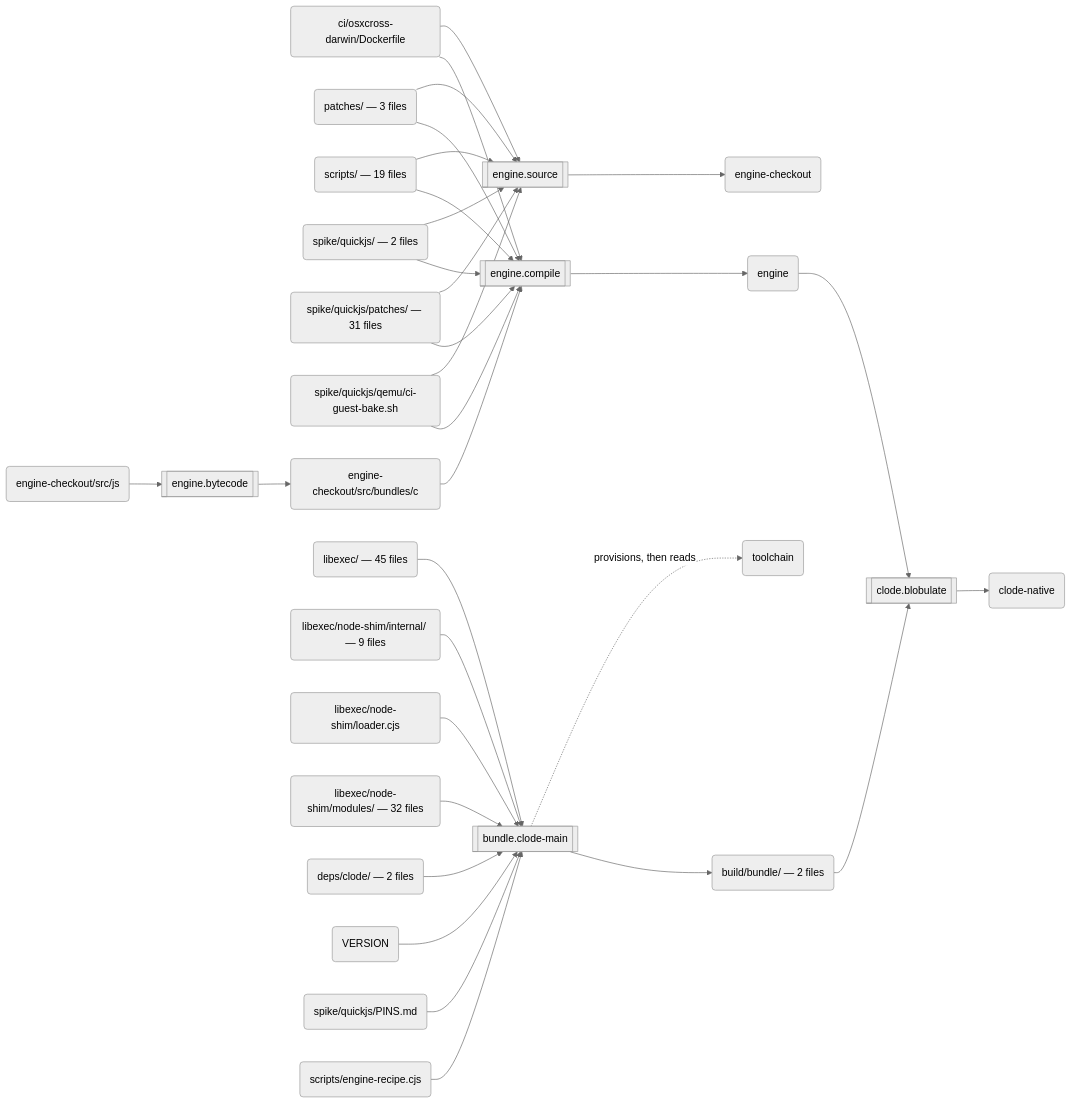
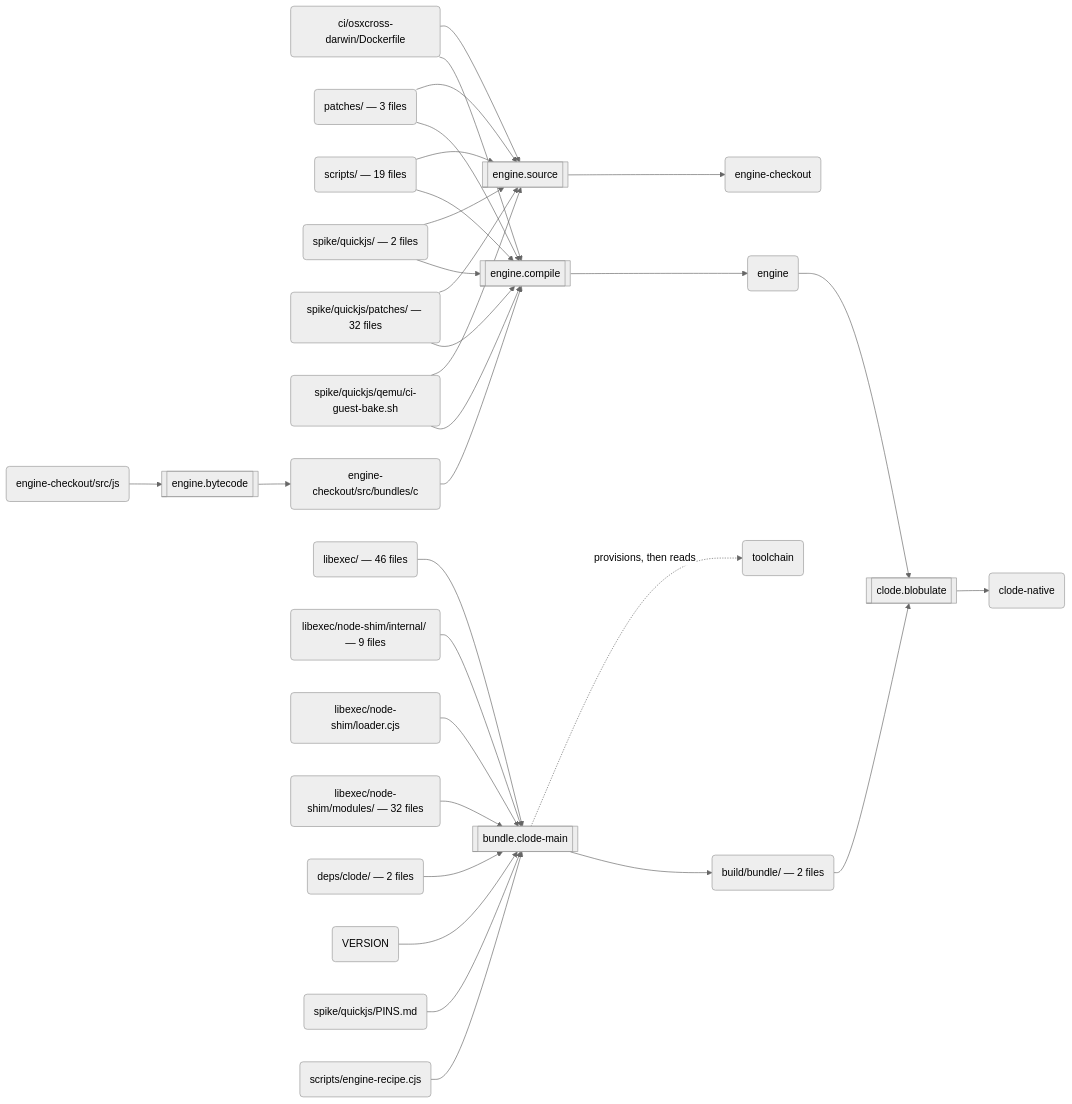
The second of 3 diagrams in docs/build.md (schmonz/clode), drawn with Mermaid (neutral theme) before and after one commit. The commit also changed other lines of this file, not shown here.

Commit message:
docs(build): regenerate after the rebase onto main
main's quickjs-ng-job-realm-ref.patch and this branch's quickjs-ng-regexp-capture-u16.patch
each added an engine patch (31 -> 32 files) and the branch added libexec/extractor-sources.cjs;
the rebase merged both page edits textually without conflict, so the counts were one short
(docs-build-page-fresh). Regenerated with scripts/render-build-graph.cjs --write.

Claude-Session: https://claude.ai/code/session_01X9pCeEg19PPwwjgrS8wV5a

````diff
--- a/docs/build.md
+++ b/docs/build.md
@@ -123,59 +123,59 @@
 ```mermaid
 flowchart LR
   s0[["engine.source"]]
   a0("ci/osxcross-darwin/Dockerfile")
   a1("patches/ — 3 files")
   a2("scripts/ — 19 files")
   a3("spike/quickjs/ — 2 files")
-  a4("spike/quickjs/patches/ — 31 files")
+  a4("spike/quickjs/patches/ — 32 files")
   a5("spike/quickjs/qemu/ci-guest-bake.sh")
   a6("engine-checkout")
   s1[["engine.bytecode"]]
   a7("engine-checkout/src/js")
   a8("engine-checkout/src/bundles/c")
   s2[["engine.compile"]]
   a9("engine")
   s3[["bundle.clode-main"]]
-  a10("libexec/ — 45 files")
+  a10("libexec/ — 46 files")
   a11("libexec/node-shim/internal/ — 9 files")
   a12("libexec/node-shim/loader.cjs")
   a13("libexec/node-shim/modules/ — 32 files")
   a14("deps/clode/ — 2 files")
   a15("VERSION")
   a16("spike/quickjs/PINS.md")
   a17("scripts/engine-recipe.cjs")
   a18("toolchain")
   a19("build/bundle/ — 2 files")
   s4[["clode.blobulate"]]
   a20("clode-native")
   a0 --> s0
   a1 --> s0
   a2 --> s0
   a3 --> s0
   a4 --> s0
   a5 --> s0
   s0 --> a6
   a7 --> s1
   s1 --> a8
   a8 --> s2
   a0 --> s2
   a1 --> s2
   a2 --> s2
   a3 --> s2
   a4 --> s2
   a5 --> s2
   s2 --> a9
   a10 --> s3
   a11 --> s3
   a12 --> s3
   a13 --> s3
   a14 --> s3
   a15 --> s3
   a16 --> s3
   a17 --> s3
   s3 -.->|"provisions, then reads"| a18
   s3 --> a19
   a9 --> s4
   a19 --> s4
   s4 --> a20
 ```
````
